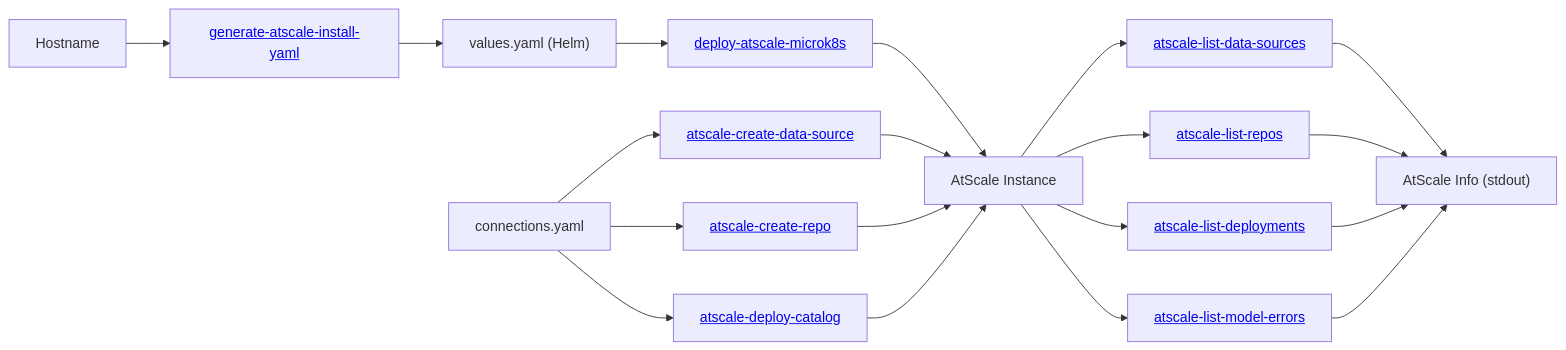
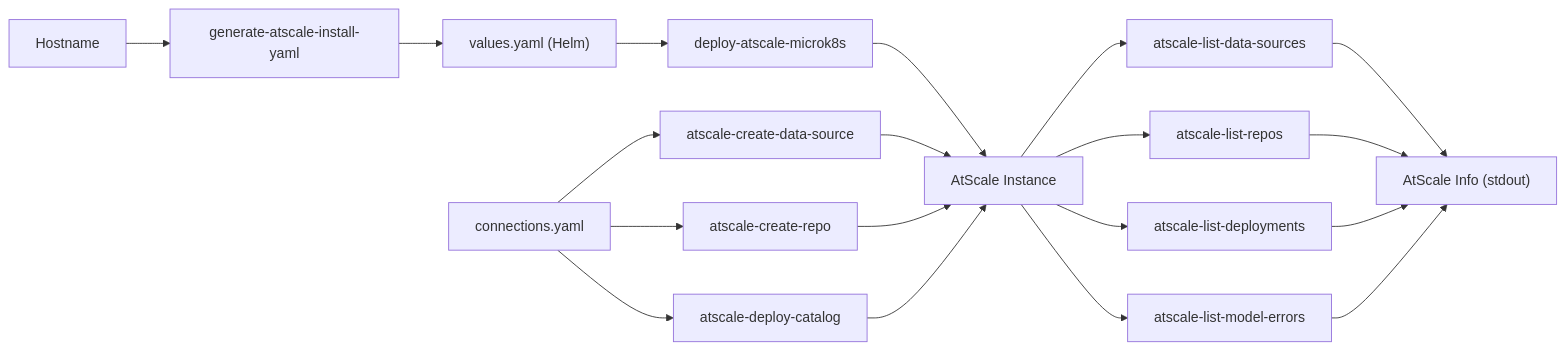
Before and after one commit to AtScaleInc/ps-utils: the sixth of 7 diagrams in docs/ACTIONS.md, drawn with Mermaid. The commit also changed other lines of this file and 1 other file, not shown here.

Commit message:
fix: remove HTML links from mermaid diagrams in README and ACTIONS documentation

````diff
--- a/docs/ACTIONS.md
+++ b/docs/ACTIONS.md
@@ -90,13 +85,12 @@
 ```mermaid
-%%{init: {"flowchart": {"htmlLabels": true}} }%%
 flowchart LR
-    HOSTNAME["Hostname"] --> A["<a href='#generate-atscale-install-yaml'>generate-atscale-install-yaml</a>"] --> VALUES["values.yaml (Helm)"]
-    VALUES --> K["<a href='#deploy-atscale-microk8s'>deploy-atscale-microk8s</a>"] --> ATS["AtScale Instance"]
-    CONN["connections.yaml"] --> B["<a href='#atscale-create-data-source'>atscale-create-data-source</a>"] --> ATS
-    CONN --> C["<a href='#atscale-create-repo'>atscale-create-repo</a>"] --> ATS
-    CONN --> D["<a href='#atscale-deploy-catalog'>atscale-deploy-catalog</a>"] --> ATS
-    ATS --> E["<a href='#atscale-list-data-sources'>atscale-list-data-sources</a>"] --> INFO["AtScale Info (stdout)"]
-    ATS --> F["<a href='#atscale-list-repos'>atscale-list-repos</a>"] --> INFO
-    ATS --> G["<a href='#atscale-list-deployments'>atscale-list-deployments</a>"] --> INFO
-    ATS --> H["<a href='#atscale-list-model-errors'>atscale-list-model-errors</a>"] --> INFO
+    HOSTNAME["Hostname"] --> A["generate-atscale-install-yaml"] --> VALUES["values.yaml (Helm)"]
+    VALUES --> K["deploy-atscale-microk8s"] --> ATS["AtScale Instance"]
+    CONN["connections.yaml"] --> B["atscale-create-data-source"] --> ATS
+    CONN --> C["atscale-create-repo"] --> ATS
+    CONN --> D["atscale-deploy-catalog"] --> ATS
+    ATS --> E["atscale-list-data-sources"] --> INFO["AtScale Info (stdout)"]
+    ATS --> F["atscale-list-repos"] --> INFO
+    ATS --> G["atscale-list-deployments"] --> INFO
+    ATS --> H["atscale-list-model-errors"] --> INFO
 ```
````
